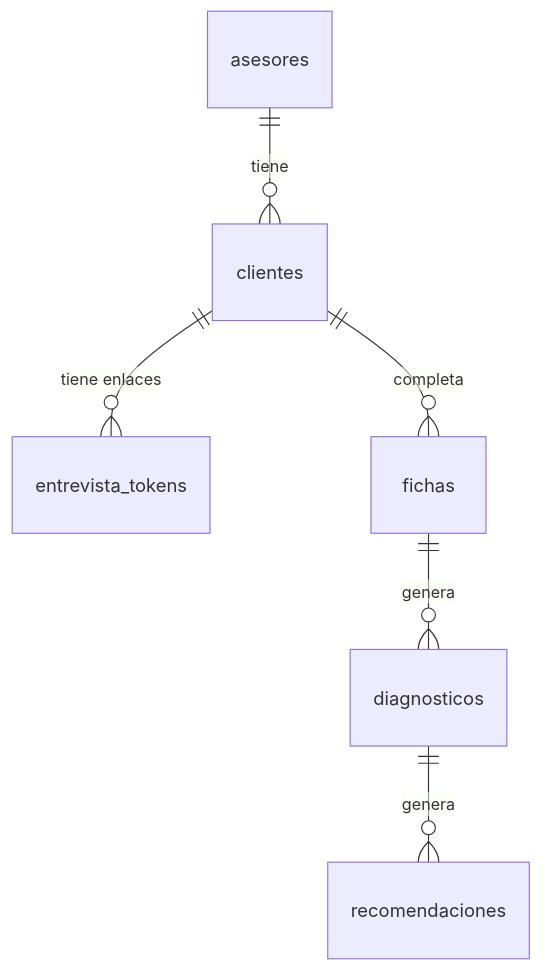
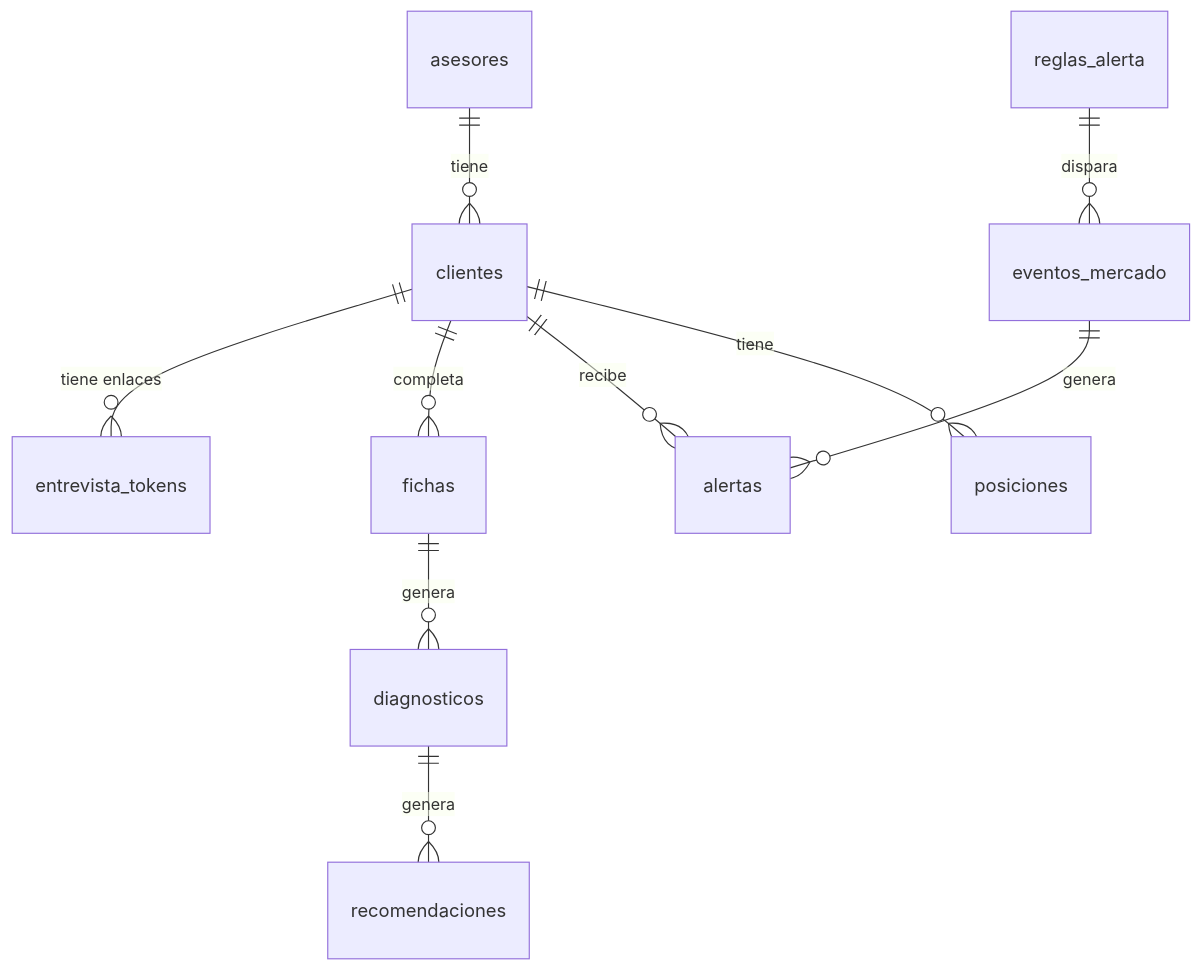
Before and after one commit to belygoci-creator/agenteprueb: the diagram in docs/data-model.md, drawn with Mermaid. The commit also changed other lines of this file and 41 other files, not shown here.

First line of the commit message:
feat: capa de vigilancia de mercado (alertas), Edge Function y ajustes previos de login

````diff
--- a/docs/data-model.md
+++ b/docs/data-model.md
@@ -122,8 +188,12 @@
 ```mermaid
 erDiagram
   asesores ||--o{ clientes : "tiene"
   clientes ||--o{ entrevista_tokens : "tiene enlaces"
   clientes ||--o{ fichas : "completa"
   fichas ||--o{ diagnosticos : "genera"
   diagnosticos ||--o{ recomendaciones : "genera"
+  reglas_alerta ||--o{ eventos_mercado : "dispara"
+  eventos_mercado ||--o{ alertas : "genera"
+  clientes ||--o{ alertas : "recibe"
+  clientes ||--o{ posiciones : "tiene"
 ```
````
